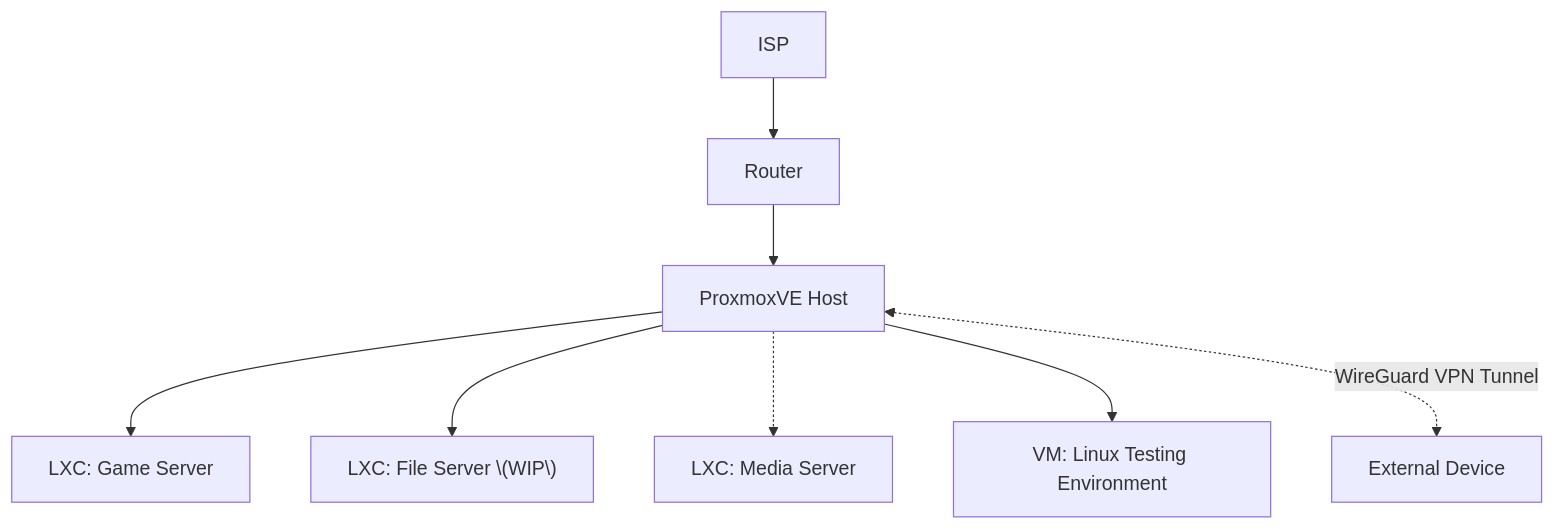
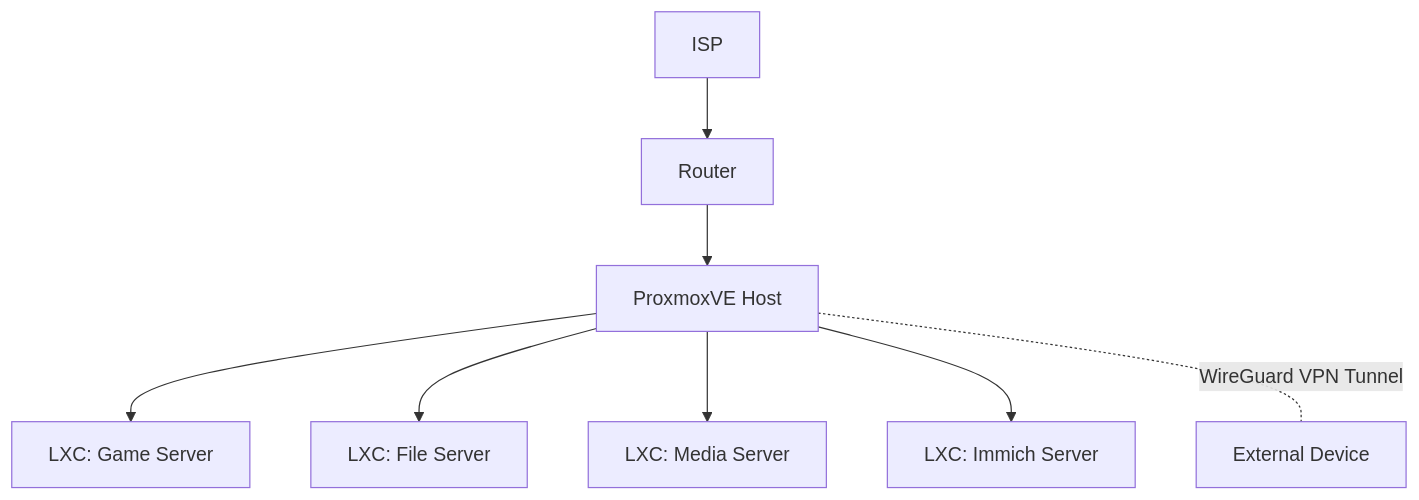
The diagram in network_infrastructure.md (jason-yi4/proxmox-homelab), drawn with Mermaid before and after one commit.

Commit message:
Update server names in network infrastructure diagram

````diff
--- a/network_infrastructure.md
+++ b/network_infrastructure.md
@@ -3,10 +3,10 @@
 ```mermaid
 graph TD
     A[ISP] --> B[Router]
     B --> C[ProxmoxVE Host]
     C --> D1["LXC: Game Server"]
-    C --> D2["LXC: File Server \(WIP\)"]
-    C -.-> D3["LXC: Media Server"]
-    C --> D4["VM: Linux Testing Environment"]
-    C <-.->|WireGuard VPN Tunnel| E[External Device]
+    C --> D2["LXC: File Server"]
+    C --> D3["LXC: Media Server"]
+    C --> D4["LXC: Immich Server"]
+    C <-.-|WireGuard VPN Tunnel| E[External Device]
 ```
````
